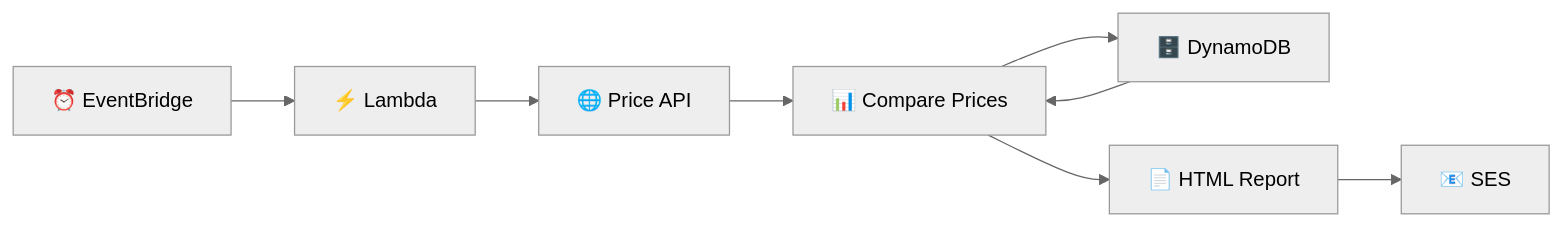
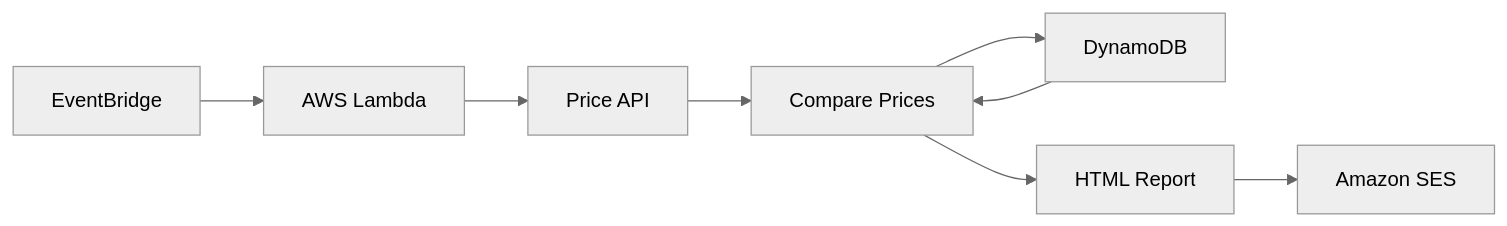
One commit to harshithrosun2705-star/harshithrosun2705-star changed the fourth of 7 diagrams in README.md. Above: the diagram before and after it, drawn with Mermaid (neutral theme). The commit also changed other lines of this file, not shown here.

````diff
--- a/README.md
+++ b/README.md
@@ -755,21 +561,10 @@
 ```mermaid
 flowchart LR
-
-    EB["⏰ EventBridge"]
-    L["⚡ Lambda"]
-    API["🌐 Price API"]
-    DB["🗄️ DynamoDB"]
-    CMP["📊 Compare Prices"]
-    REPORT["📄 HTML Report"]
-    SES["📧 SES"]
-
-    EB --> L
-    L --> API
-    API --> CMP
-
-    DB --> CMP
-
-    CMP --> DB
-    CMP --> REPORT
-    REPORT --> SES
+    A["EventBridge"] --> B["AWS Lambda"]
+    B --> C["Price API"]
+    C --> D["Compare Prices"]
+    E["DynamoDB"] --> D
+    D --> E
+    D --> F["HTML Report"]
+    F --> G["Amazon SES"]
 ```
````
